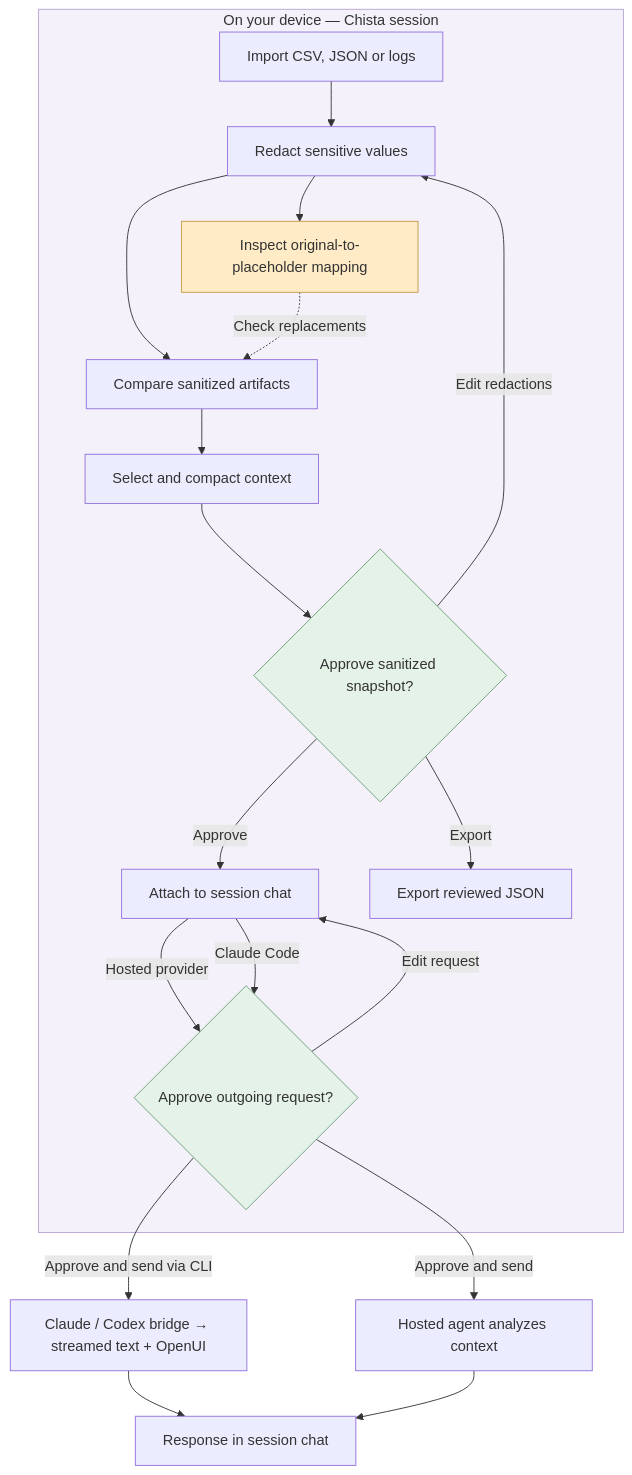
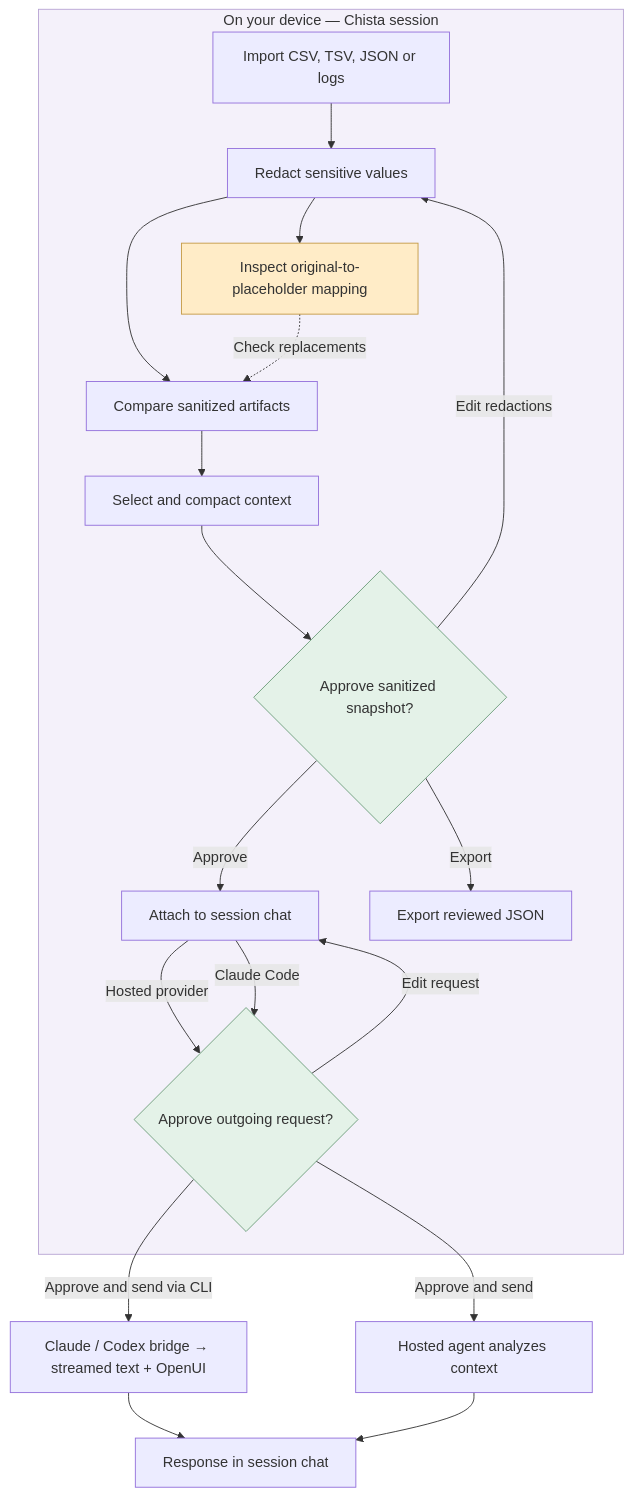
The diagram in README.md (hadiranjbar25/chista), drawn with Mermaid before and after one commit. The commit also changed other lines of this file and 7 other files, not shown here.

````diff
--- a/README.md
+++ b/README.md
@@ -15,37 +15,37 @@
 ```mermaid
 flowchart TD
     subgraph device ["On your device — Chista session"]
-        raw["Import CSV, JSON or logs"]
+        raw["Import CSV, TSV, JSON or logs"]
         redact["Redact sensitive values"]
         mapping["Inspect original-to-placeholder mapping"]
         evidence["Compare sanitized artifacts"]
         compact["Select and compact context"]
         review{"Approve sanitized snapshot?"}
         attach["Attach to session chat"]
         outgoing{"Approve outgoing request?"}
         exportFile["Export reviewed JSON"]
 
         raw --> redact
         redact --> mapping
         redact --> evidence
         mapping -.->|"Check replacements"| evidence
         evidence --> compact
         compact --> review
         review -->|"Edit redactions"| redact
         review -->|"Approve"| attach
         review -->|"Export"| exportFile
         attach -->|"Hosted provider"| outgoing
         outgoing -->|"Edit request"| attach
         attach -->|"Claude Code"| outgoing
     end
 
     outgoing -->|"Approve and send"| hosted["Hosted agent analyzes context"]
     outgoing -->|"Approve and send via CLI"| claude["Claude / Codex bridge → streamed text + OpenUI"]
     claude --> reply
     hosted --> reply["Response in session chat"]
 
     style device fill:#F4F1FA,stroke:#B8A4D4
     style mapping fill:#FFECC7,stroke:#C59A46
     style review fill:#E4F2E8,stroke:#6D9D7B
     style outgoing fill:#E4F2E8,stroke:#6D9D7B
 ```
````
